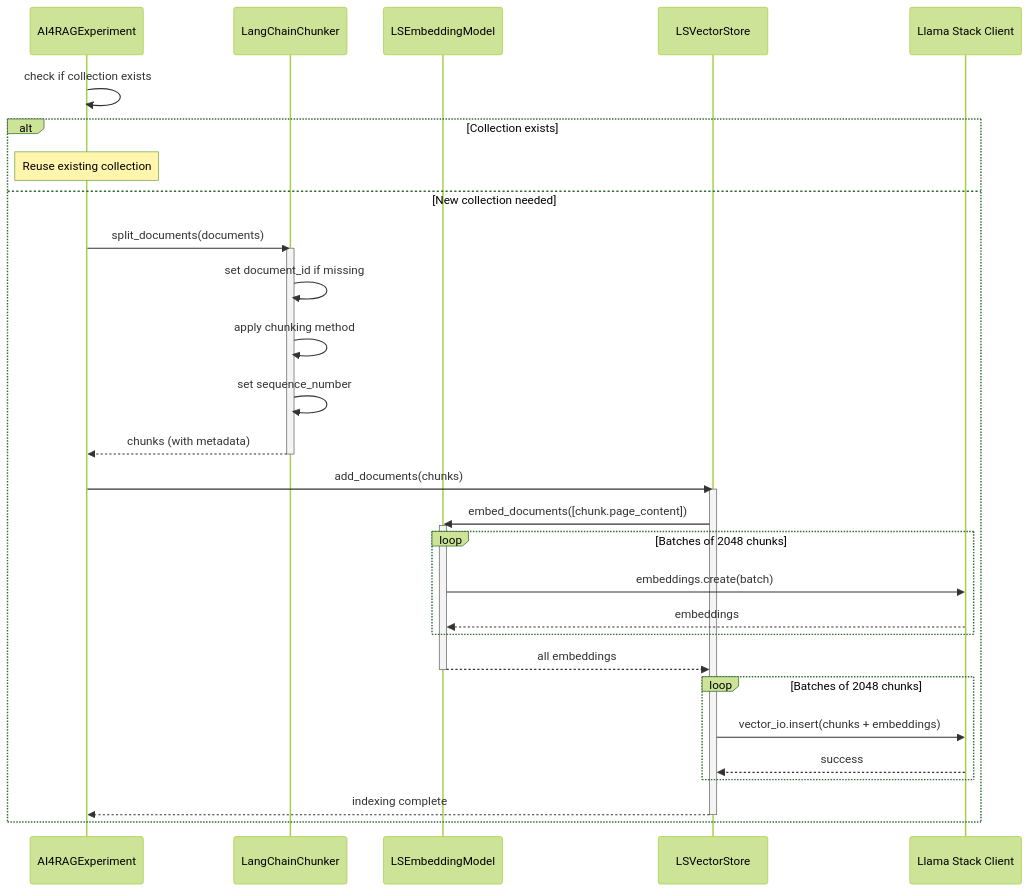
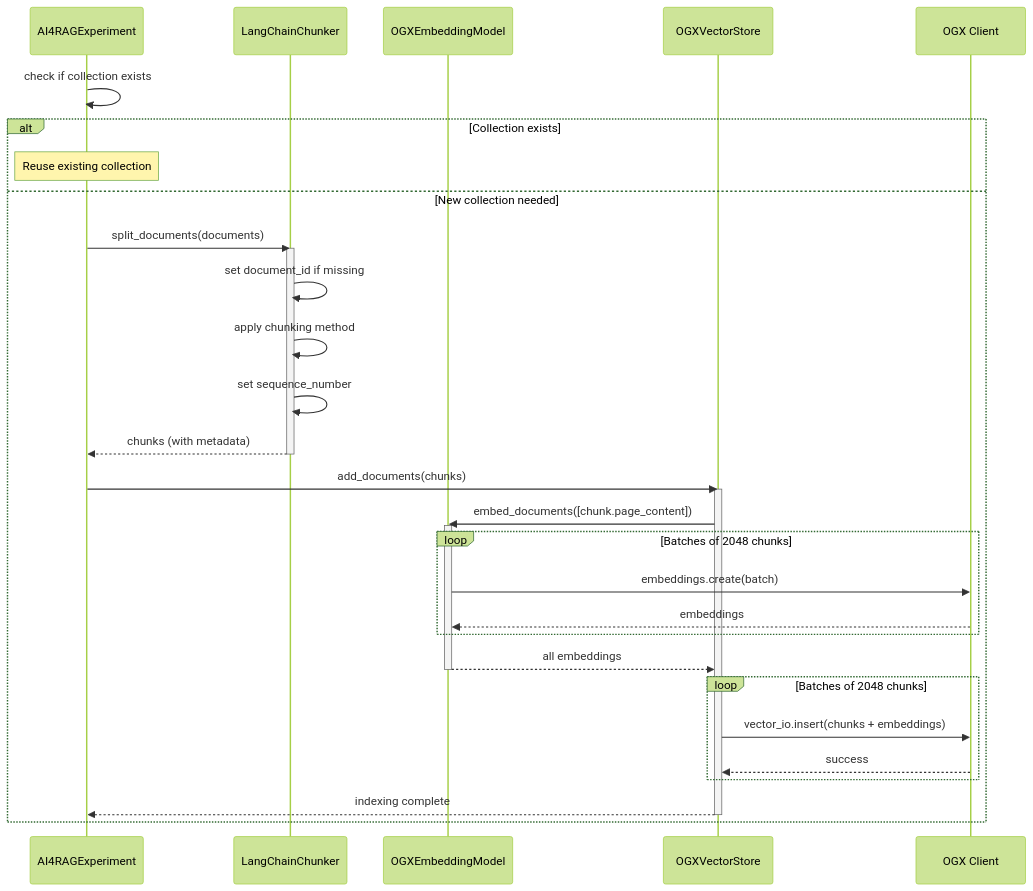
One commit to IBM/ai4rag changed the first of 4 diagrams in docs/architecture/data-flow.md. Above: the diagram before and after it, drawn with Mermaid (forest theme). The commit also changed other lines of this file and 51 other files, not shown here.

Commit message:
Change Llama Stack to OGX

````diff
--- a/docs/architecture/data-flow.md
+++ b/docs/architecture/data-flow.md
@@ -22,39 +22,39 @@
 ```mermaid
 sequenceDiagram
     participant Exp as AI4RAGExperiment
     participant LC as LangChainChunker
-    participant EM as LSEmbeddingModel
-    participant VS as LSVectorStore
-    participant LSClient as Llama Stack Client
+    participant EM as OGXEmbeddingModel
+    participant VS as OGXVectorStore
+    participant OGXClient as OGX Client
 
     Exp->>Exp: check if collection exists
     alt Collection exists
         Note over Exp: Reuse existing collection
     else New collection needed
         Exp->>LC: split_documents(documents)
         activate LC
         LC->>LC: set document_id if missing
         LC->>LC: apply chunking method
         LC->>LC: set sequence_number
         LC-->>Exp: chunks (with metadata)
         deactivate LC
 
         Exp->>VS: add_documents(chunks)
         activate VS
         VS->>EM: embed_documents([chunk.page_content])
         activate EM
         loop Batches of 2048 chunks
-            EM->>LSClient: embeddings.create(batch)
-            LSClient-->>EM: embeddings
+            EM->>OGXClient: embeddings.create(batch)
+            OGXClient-->>EM: embeddings
         end
         EM-->>VS: all embeddings
         deactivate EM
 
         loop Batches of 2048 chunks
-            VS->>LSClient: vector_io.insert(chunks + embeddings)
-            LSClient-->>VS: success
+            VS->>OGXClient: vector_io.insert(chunks + embeddings)
+            OGXClient-->>VS: success
         end
         VS-->>Exp: indexing complete
         deactivate VS
     end
 ```
````
